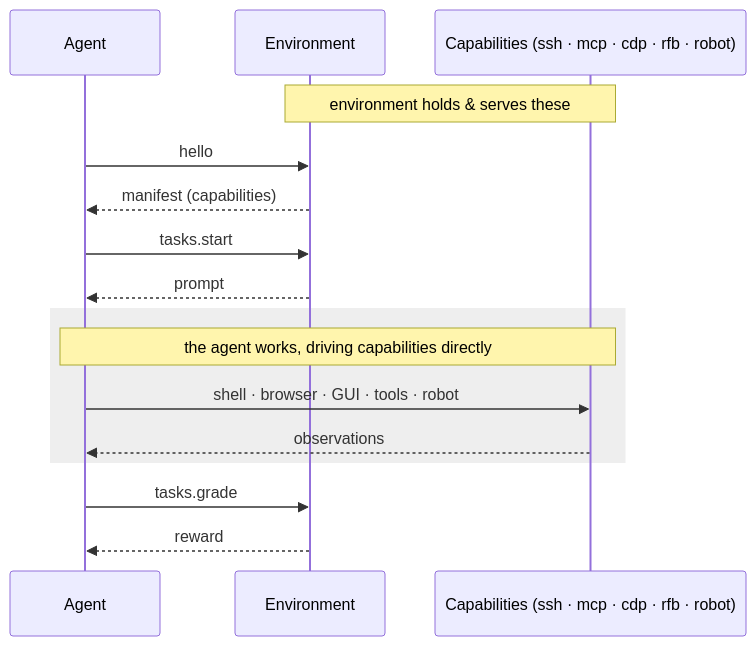
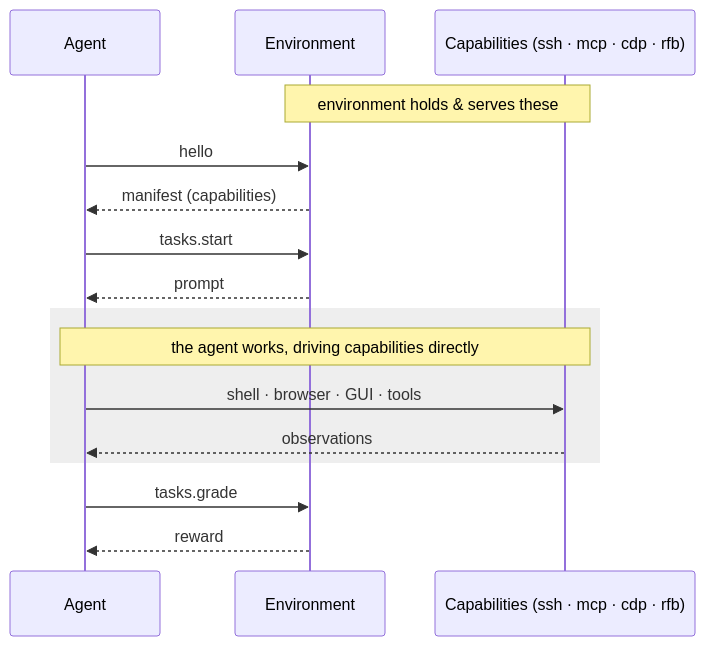
The diagram in data/readmes/hud-evals__hud-python.md (zqf20096327/ai_collect), drawn with Mermaid before and after one commit. The commit also changed other lines of this file and 1917 other files, not shown here.

````diff
--- a/data/readmes/hud-evals__hud-python.md
+++ b/data/readmes/hud-evals__hud-python.md
@@ -54,18 +54,18 @@
 ```mermaid
 sequenceDiagram
     participant Agent
     participant Env as Environment
-    participant Caps as Capabilities (ssh · mcp · cdp · rfb · robot)
+    participant Caps as Capabilities (ssh · mcp · cdp · rfb)
     Note over Env,Caps: environment holds & serves these
     Agent->>Env: hello
     Env-->>Agent: manifest (capabilities)
     Agent->>Env: tasks.start
     Env-->>Agent: prompt
     rect rgb(238,238,238)
     Note over Agent,Caps: the agent works, driving capabilities directly
-    Agent->>Caps: shell · browser · GUI · tools · robot
+    Agent->>Caps: shell · browser · GUI · tools
     Caps-->>Agent: observations
     end
     Agent->>Env: tasks.grade
     Env-->>Agent: reward
 ```
````
